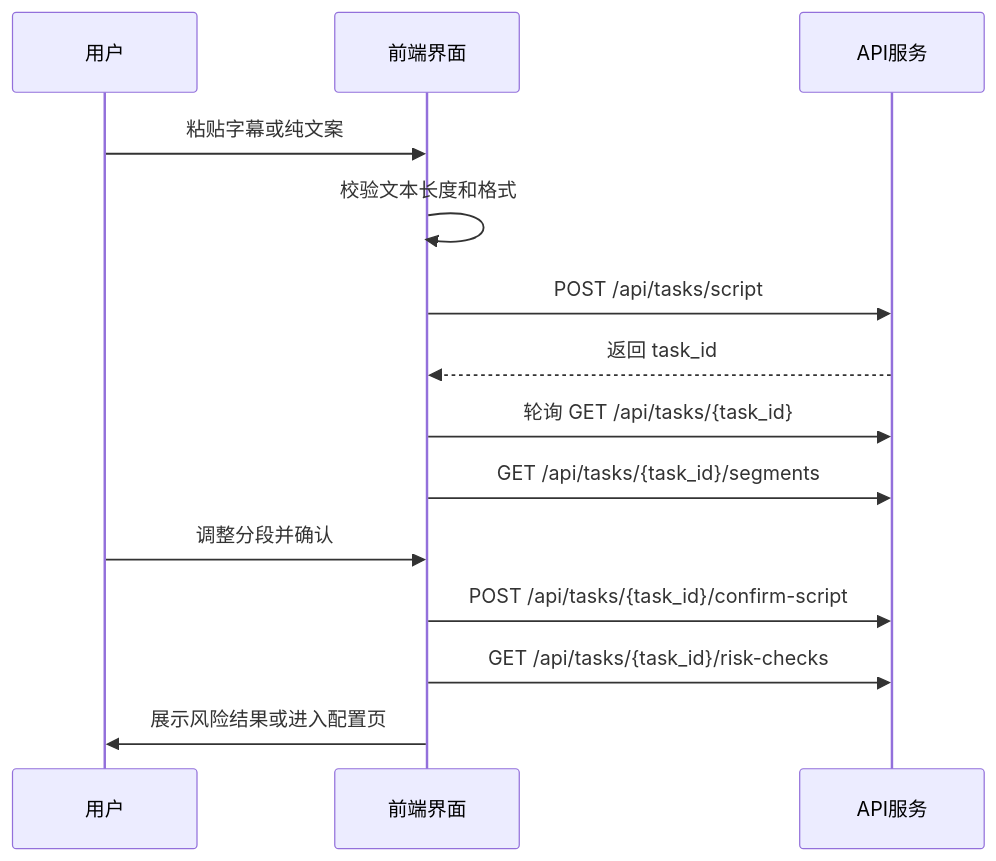
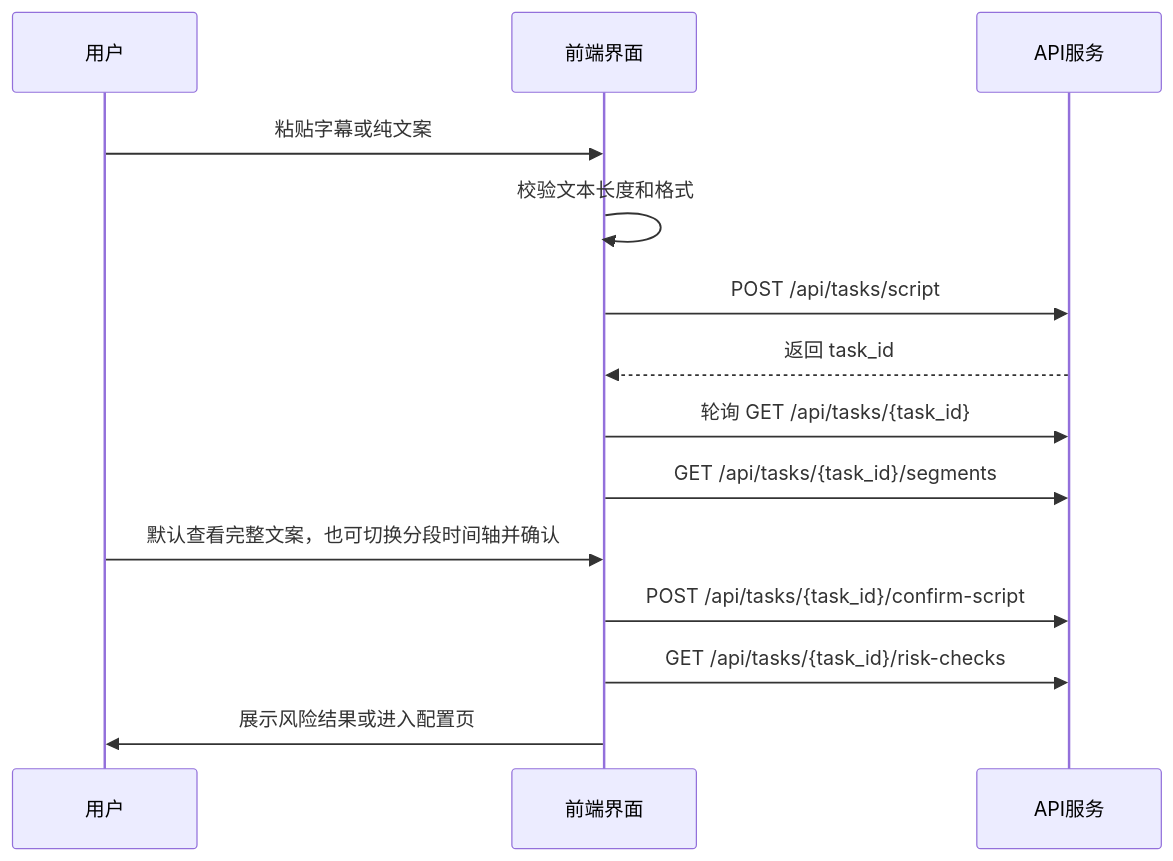
The third of 3 diagrams in docs/ui-design.md (AlphaSphere/DigitalHuman), drawn with Mermaid before and after one commit. The commit also changed other lines of this file and 11 other files, not shown here.

Commit message:
Update generation flow and docs alignment

````diff
--- a/docs/ui-design.md
+++ b/docs/ui-design.md
@@ -120,17 +120,17 @@
 ```mermaid
 sequenceDiagram
   participant User as 用户
   participant UI as 前端界面
   participant API as API服务
 
   User->>UI: 粘贴字幕或纯文案
   UI->>UI: 校验文本长度和格式
   UI->>API: POST /api/tasks/script
   API-->>UI: 返回 task_id
   UI->>API: 轮询 GET /api/tasks/{task_id}
   UI->>API: GET /api/tasks/{task_id}/segments
-  User->>UI: 调整分段并确认
+  User->>UI: 默认查看完整文案，也可切换分段时间轴并确认
   UI->>API: POST /api/tasks/{task_id}/confirm-script
   UI->>API: GET /api/tasks/{task_id}/risk-checks
   UI->>User: 展示风险结果或进入配置页
 ```
````
